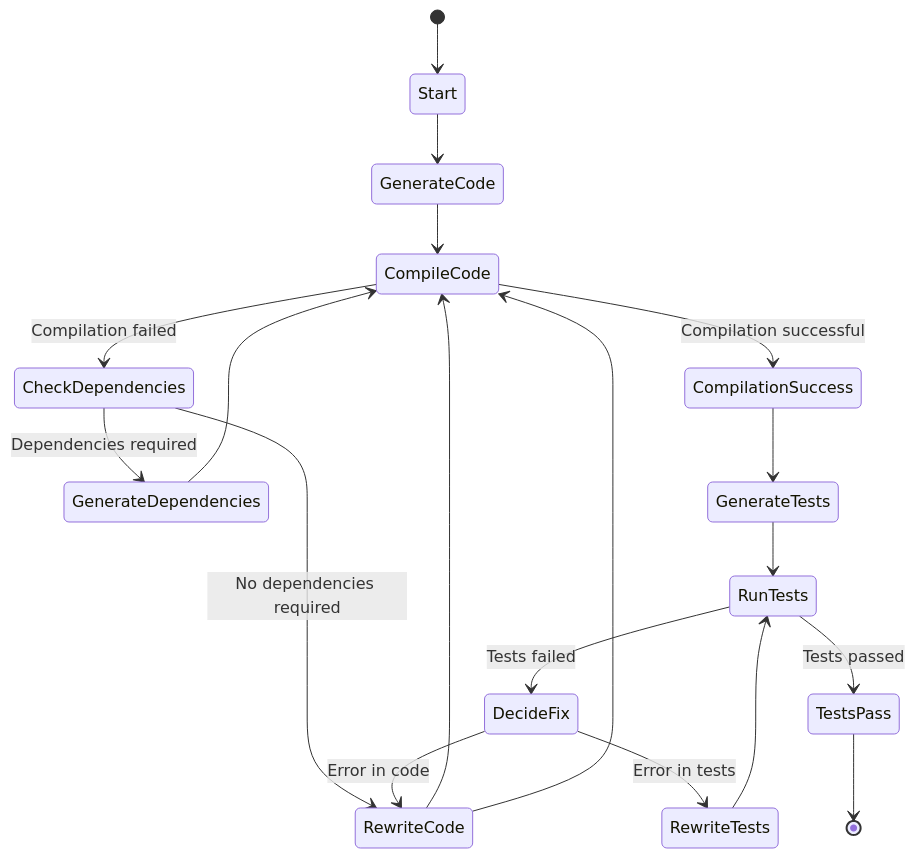
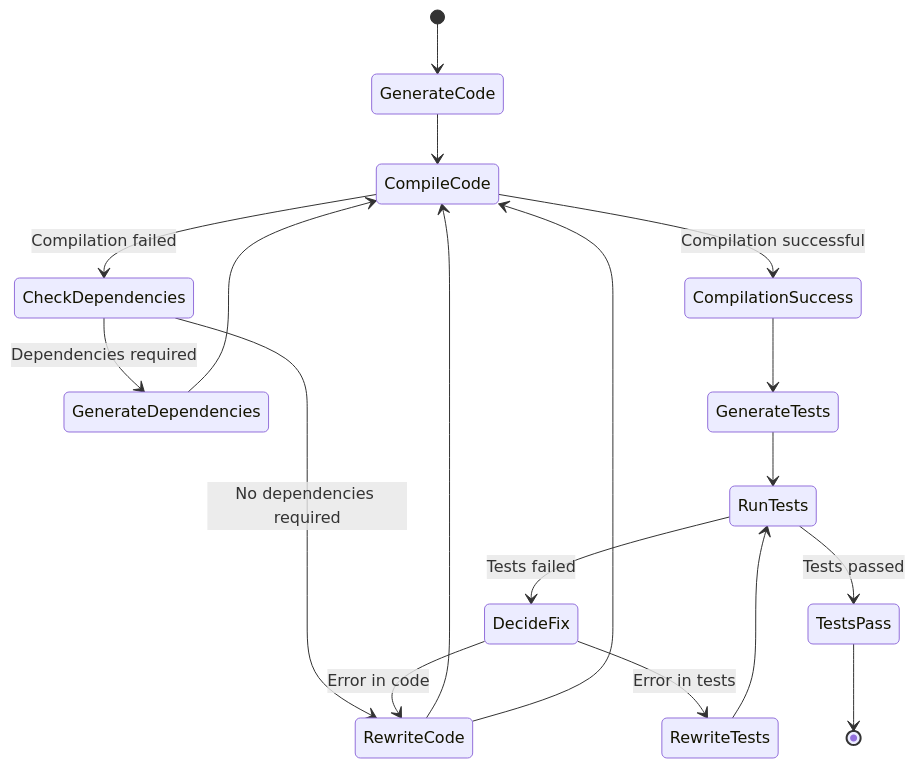
One commit to rizgan/LLM-Logic-Exec-Verify changed the diagram in README.md. Above: the diagram before and after it, drawn with Mermaid.

````diff
--- a/README.md
+++ b/README.md
@@ -26,21 +26,20 @@
 ```mermaid
 stateDiagram
-[*] --> Start
-Start --> GenerateCode
+[*] --> GenerateCode
 GenerateCode --> CompileCode
 CompileCode --> CompilationSuccess : Compilation successful
 CompileCode --> CheckDependencies : Compilation failed
 CheckDependencies --> GenerateDependencies : Dependencies required
 GenerateDependencies --> CompileCode
 CheckDependencies --> RewriteCode : No dependencies required
 RewriteCode --> CompileCode
 CompilationSuccess --> GenerateTests
 GenerateTests --> RunTests
 RunTests --> TestsPass : Tests passed
 RunTests --> DecideFix : Tests failed
 DecideFix --> RewriteCode : Error in code
 DecideFix --> RewriteTests : Error in tests
 RewriteCode --> CompileCode
 RewriteTests --> RunTests
 TestsPass --> [*]
 ```
````
